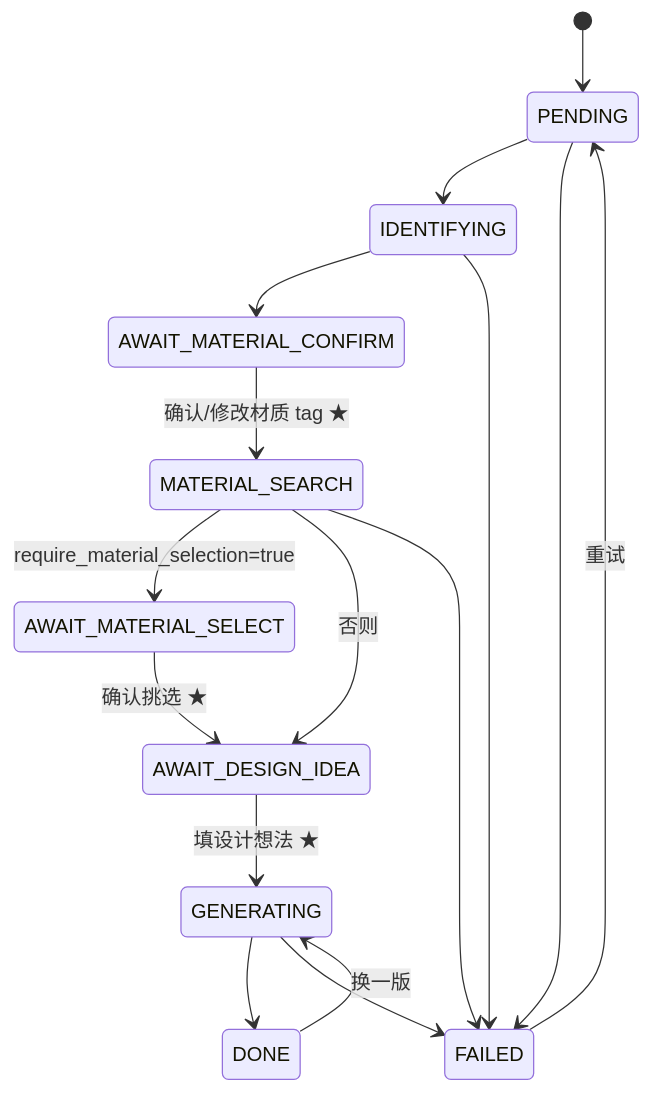
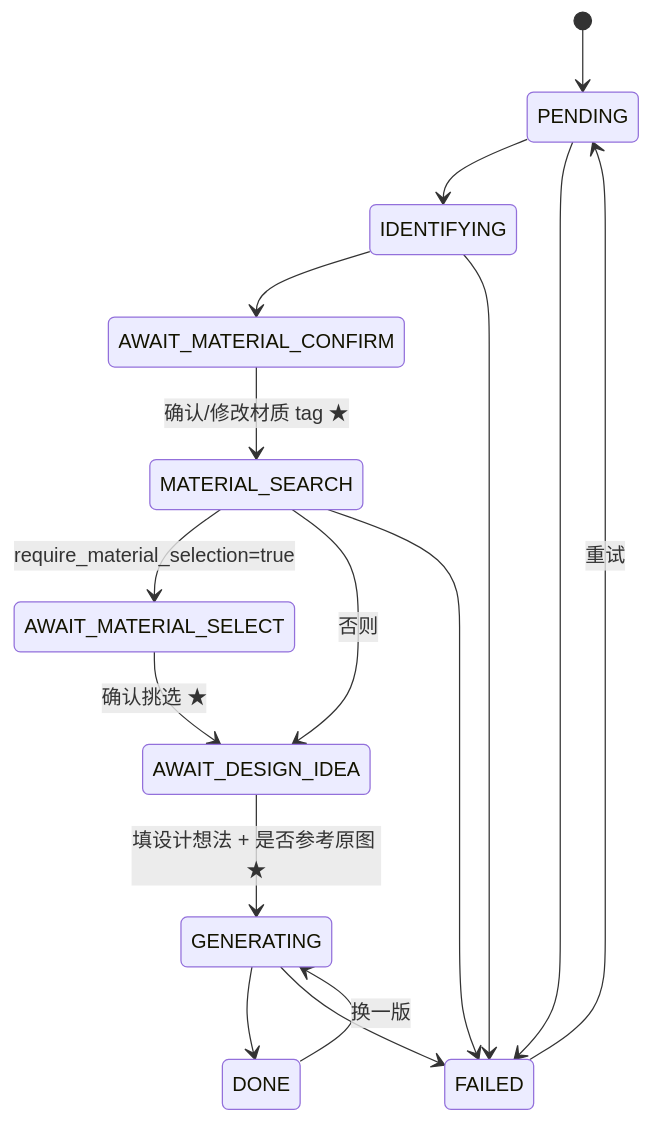
The second of 2 diagrams in README.md (cbitc/cloth-image), drawn with Mermaid before and after one commit. The commit also changed other lines of this file and 18 other files, not shown here.

````diff
--- a/README.md
+++ b/README.md
@@ -68,18 +68,18 @@
 ```mermaid
 stateDiagram-v2
   [*] --> PENDING
   PENDING --> IDENTIFYING
   IDENTIFYING --> AWAIT_MATERIAL_CONFIRM
   AWAIT_MATERIAL_CONFIRM --> MATERIAL_SEARCH : 确认/修改材质 tag ★
   MATERIAL_SEARCH --> AWAIT_MATERIAL_SELECT : require_material_selection=true
   MATERIAL_SEARCH --> AWAIT_DESIGN_IDEA : 否则
   AWAIT_MATERIAL_SELECT --> AWAIT_DESIGN_IDEA : 确认挑选 ★
-  AWAIT_DESIGN_IDEA --> GENERATING : 填设计想法 ★
+  AWAIT_DESIGN_IDEA --> GENERATING : 填设计想法 + 是否参考原图 ★
   GENERATING --> DONE
   DONE --> GENERATING : 换一版
   PENDING --> FAILED
   IDENTIFYING --> FAILED
   MATERIAL_SEARCH --> FAILED
   GENERATING --> FAILED
   FAILED --> PENDING : 重试
 ```
````
